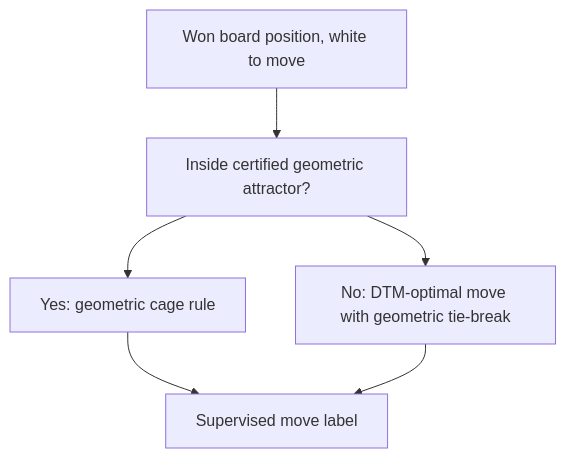
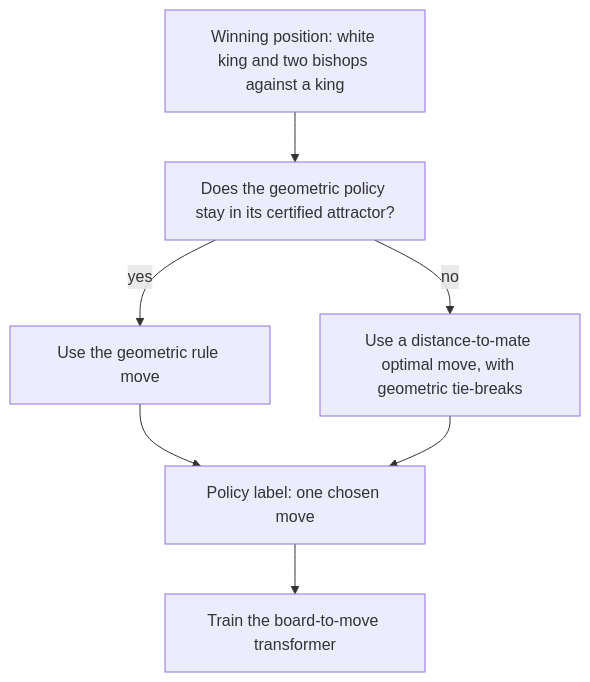
The diagram in entries/chess-kbbk-mate.md (jc1122/mechanistic-interpretability-circuit-atlas), drawn with Mermaid before and after one commit. The commit also changed other lines of this file and 54 other files, not shown here.

````diff
--- a/entries/chess-kbbk-mate.md
+++ b/entries/chess-kbbk-mate.md
@@ -90,9 +63,9 @@
 ```mermaid
 flowchart TD
-    P["Won board position, white to move"] --> C["Inside certified geometric attractor?"]
-    C --> G["Yes: geometric cage rule"]
-    C --> D["No: DTM-optimal move with geometric tie-break"]
-    G --> L["Supervised move label"]
-    D --> L
-    classDef trained fill:gold,stroke:darkgoldenrod,color:black
+    P["Winning position: white king and two bishops against a king"] --> G["Does the geometric policy stay in its certified attractor?"]
+    G -->|"yes"| R["Use the geometric rule move"]
+    G -->|"no"| D["Use a distance-to-mate optimal move, with geometric tie-breaks"]
+    R --> Y["Policy label: one chosen move"]
+    D --> Y
+    Y --> T["Train the board-to-move transformer"]
 ```
````
